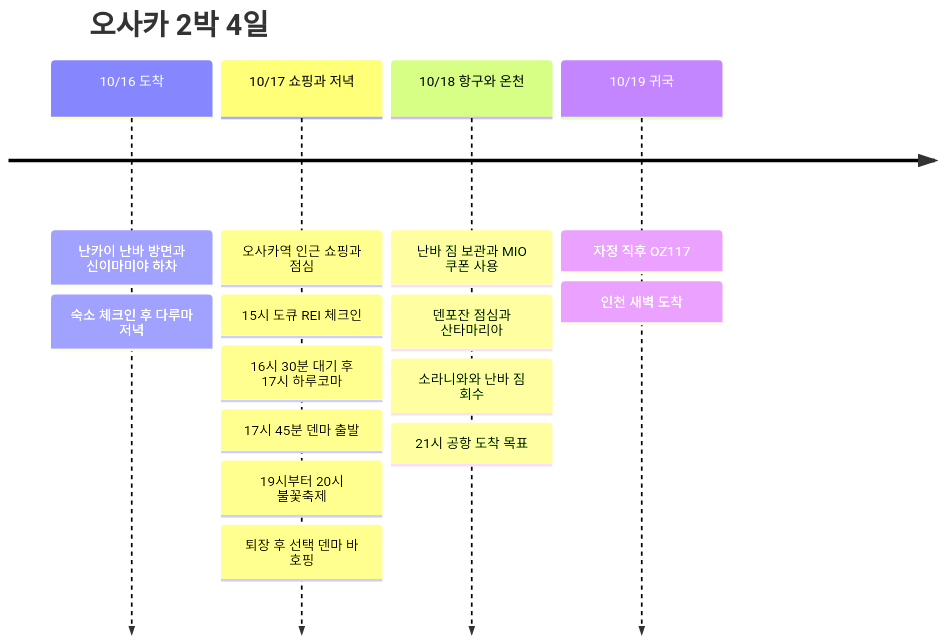
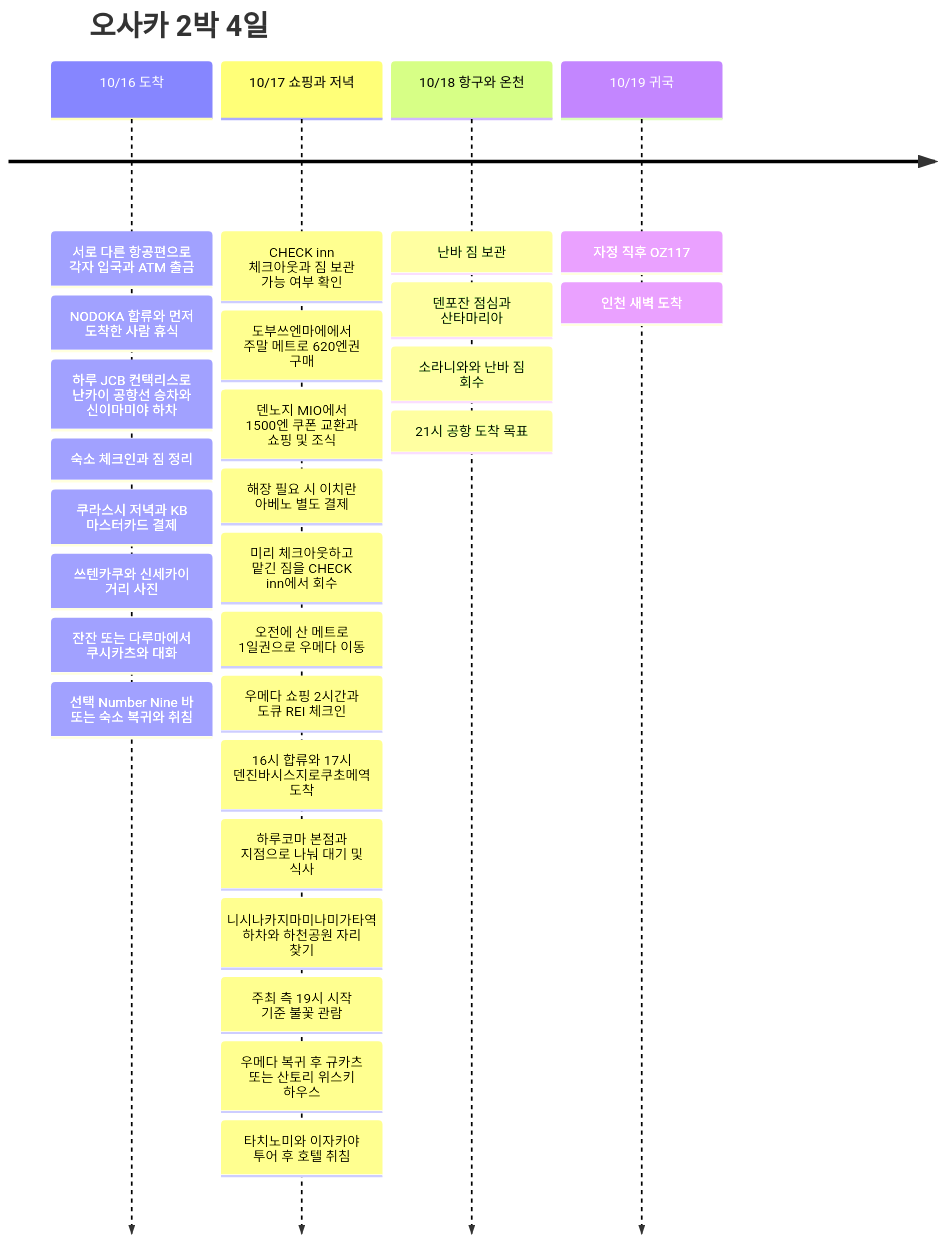
The diagram in src/content/posts/2026-10-16-osaka-yodogawa-fireworks.md (gongdongho12/commit-map), drawn with Mermaid before and after one commit. The commit also changed other lines of this file and 11 other files, not shown here.

````diff
--- a/src/content/posts/2026-10-16-osaka-yodogawa-fireworks.md
+++ b/src/content/posts/2026-10-16-osaka-yodogawa-fireworks.md
@@ -178,18 +243,31 @@
 ```mermaid
 timeline
   title 오사카 2박 4일
-  10/16 도착 : 난카이 난바 방면과 신이마미야 하차
-              : 숙소 체크인 후 다루마 저녁
-  10/17 쇼핑과 저녁 : 오사카역 인근 쇼핑과 점심
-                      : 15시 도큐 REI 체크인
-                      : 16시 30분 대기 후 17시 하루코마
-                      : 17시 45분 덴마 출발
-                      : 19시부터 20시 불꽃축제
-                      : 퇴장 후 선택 덴마 바 호핑
-  10/18 항구와 온천 : 난바 짐 보관과 MIO 쿠폰 사용
+  10/16 도착 : 서로 다른 항공편으로 각자 입국과 ATM 출금
+              : NODOKA 합류와 먼저 도착한 사람 휴식
+              : 하루 JCB 컨택리스로 난카이 공항선 승차와 신이마미야 하차
+              : 숙소 체크인과 짐 정리
+              : 쿠라스시 저녁과 KB 마스터카드 결제
+              : 쓰텐카쿠와 신세카이 거리 사진
+              : 잔잔 또는 다루마에서 쿠시카츠와 대화
+              : 선택 Number Nine 바 또는 숙소 복귀와 취침
+  10/17 쇼핑과 저녁 : CHECK inn 체크아웃과 짐 보관 가능 여부 확인
+                      : 도부쓰엔마에에서 주말 메트로 620엔권 구매
+                      : 덴노지 MIO에서 1500엔 쿠폰 교환과 쇼핑 및 조식
+                      : 해장 필요 시 이치란 아베노 별도 결제
+                      : 미리 체크아웃하고 맡긴 짐을 CHECK inn에서 회수
+                      : 오전에 산 메트로 1일권으로 우메다 이동
+                      : 우메다 쇼핑 2시간과 도큐 REI 체크인
+                      : 16시 합류와 17시 덴진바시스지로쿠초메역 도착
+                      : 하루코마 본점과 지점으로 나눠 대기 및 식사
+                      : 니시나카지마미나미가타역 하차와 하천공원 자리 찾기
+                      : 주최 측 19시 시작 기준 불꽃 관람
+                      : 우메다 복귀 후 규카츠 또는 산토리 위스키 하우스
+                      : 타치노미와 이자카야 투어 후 호텔 취침
+  10/18 항구와 온천 : 난바 짐 보관
                     : 덴포잔 점심과 산타마리아
                     : 소라니와와 난바 짐 회수
                     : 21시 공항 도착 목표
   10/19 귀국 : 자정 직후 OZ117
               : 인천 새벽 도착
 ```
````
